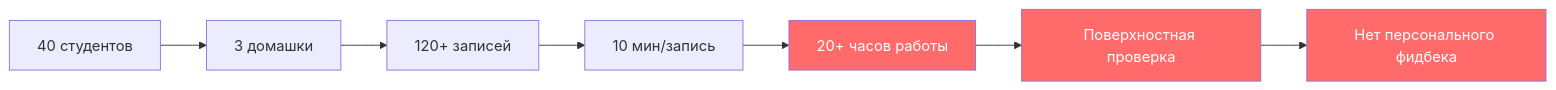
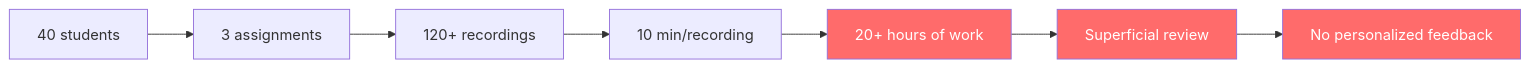
One commit to ad3002/masters-course-2025-vibe-coding changed the first of 16 diagrams in materials/workshop4.md. Above: the diagram before and after it, drawn with Mermaid. The commit also changed other lines of this file, not shown here.

````diff
--- a/materials/workshop4.md
+++ b/materials/workshop4.md
@@ -30,13 +30,13 @@
 ```mermaid
 graph LR
-    A[40 студентов] --> B[3 домашки]
-    B --> C[120+ записей]
-    C --> D[10 мин/запись]
-    D --> E[20+ часов работы]
-    E --> F[Поверхностная проверка]
-    F --> G[Нет персонального фидбека]
+    A[40 students] --> B[3 assignments]
+    B --> C[120+ recordings]
+    C --> D[10 min/recording]
+    D --> E[20+ hours of work]
+    E --> F[Superficial review]
+    F --> G[No personalized feedback]
 
     style E fill:#ff6b6b,color:#fff
     style F fill:#ff6b6b,color:#fff
     style G fill:#ff6b6b,color:#fff
 ```
````
